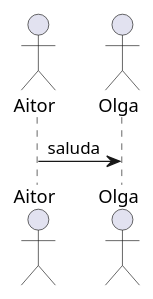
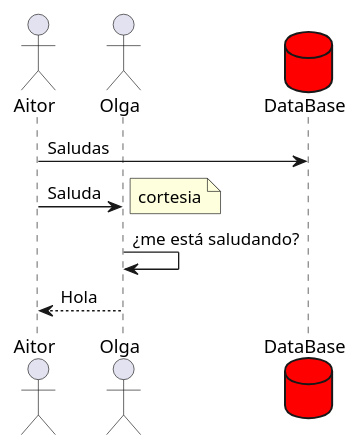
One commit to Espadv69/uml-begginer changed the diagram in uml/diagrama3.puml. Above: the diagram before and after it, drawn with PlantUML.

Commit message:
Update: new reserved word (database).

```diff
--- a/uml/diagrama3.puml
+++ b/uml/diagrama3.puml
@@ -1,8 +1,13 @@
 @startuml diagrama3
 
     actor Aitor
     actor Olga
+    database DataBase #red
 
-    Aitor -> Olga : saluda
+    Aitor -> DataBase: Saludas
+    Aitor -> Olga : Saluda
+    note right : cortesia
+    Olga -> Olga : ¿me está saludando?
+    Aitor <-- Olga : Hola
 
 @enduml
```
